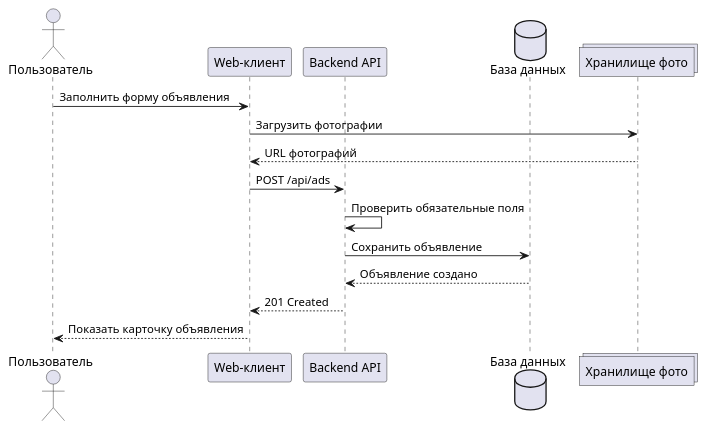
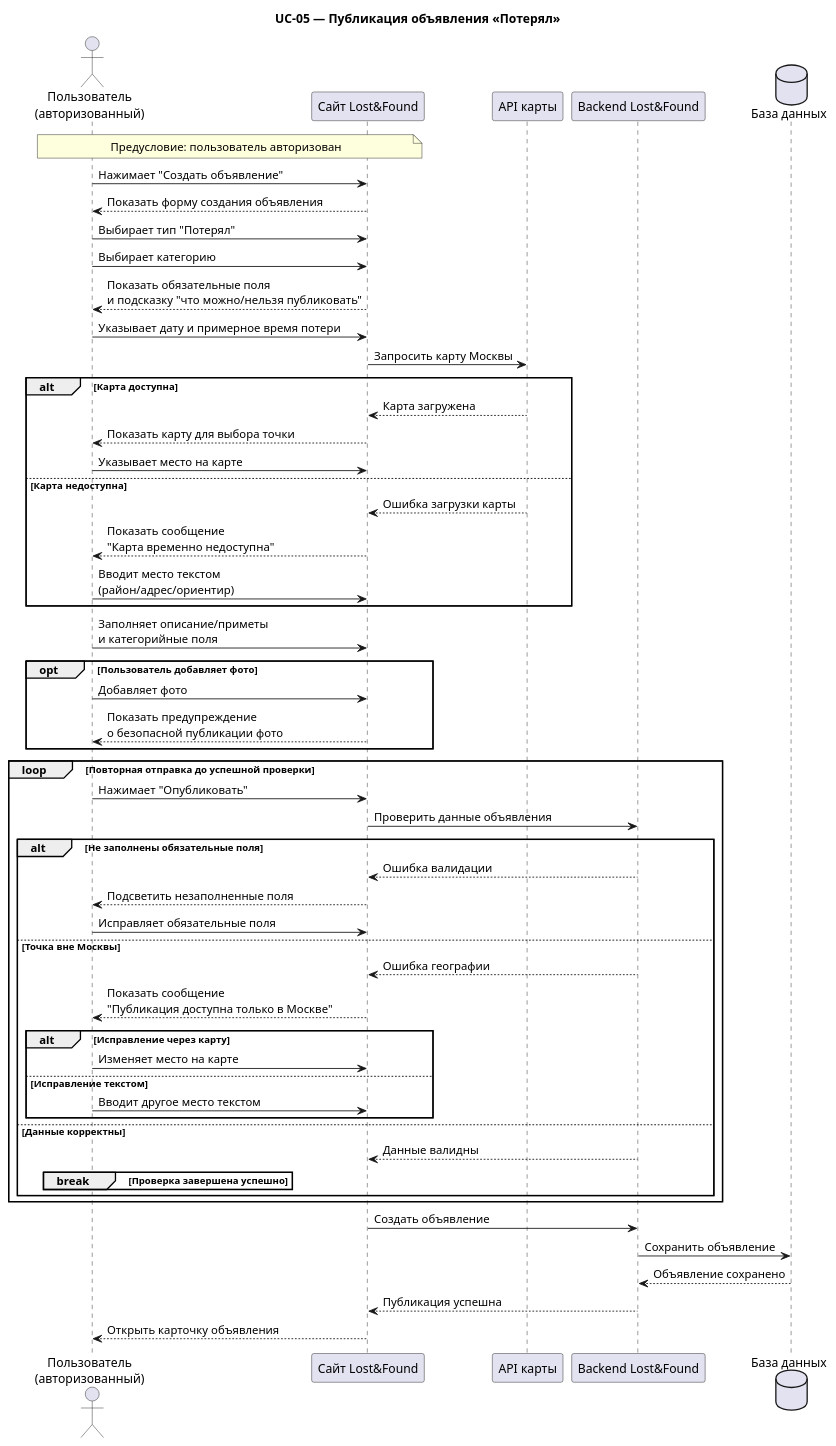
The diagram in my-website/docs/diagrams/sequence.md (LizaErdakova/lostfound-docs), drawn with PlantUML before and after one commit. The commit also changed other lines of this file and 1 other file, not shown here.

Commit message:
UML: отрисовала диаграммы через PlantUML

````diff
--- a/my-website/docs/diagrams/sequence.md
+++ b/my-website/docs/diagrams/sequence.md
@@ -17,19 +13,70 @@
-```plantuml Sequence: создание объявления
+```plantuml UC-05 — публикация объявления «Потерял»
 @startuml
-actor "Пользователь" as User
-participant "Web-клиент" as Web
-participant "Backend API" as Backend
+title UC-05 — Публикация объявления «Потерял»
+
+actor "Пользователь\n(авторизованный)" as User
+participant "Сайт Lost&Found" as Web
+participant "API карты" as MapApi
+participant "Backend Lost&Found" as Backend
 database "База данных" as DB
-collections "Хранилище фото" as Storage
 
-User -> Web: Заполнить форму объявления
-Web -> Storage: Загрузить фотографии
-Storage --> Web: URL фотографий
-Web -> Backend: POST /api/ads
-Backend -> Backend: Проверить обязательные поля
+note over User, Web
+Предусловие: пользователь авторизован
+end note
+
+User -> Web: Нажимает "Создать объявление"
+Web --> User: Показать форму создания объявления
+User -> Web: Выбирает тип "Потерял"
+User -> Web: Выбирает категорию
+Web --> User: Показать обязательные поля\nи подсказку "что можно/нельзя публиковать"
+User -> Web: Указывает дату и примерное время потери
+Web -> MapApi: Запросить карту Москвы
+
+alt Карта доступна
+  MapApi --> Web: Карта загружена
+  Web --> User: Показать карту для выбора точки
+  User -> Web: Указывает место на карте
+else Карта недоступна
+  MapApi --> Web: Ошибка загрузки карты
+  Web --> User: Показать сообщение\n"Карта временно недоступна"
+  User -> Web: Вводит место текстом\n(район/адрес/ориентир)
+end
+
+User -> Web: Заполняет описание/приметы\nи категорийные поля
+
+opt Пользователь добавляет фото
+  User -> Web: Добавляет фото
+  Web --> User: Показать предупреждение\nо безопасной публикации фото
+end
+
+loop Повторная отправка до успешной проверки
+  User -> Web: Нажимает "Опубликовать"
+  Web -> Backend: Проверить данные объявления
+
+  alt Не заполнены обязательные поля
+    Backend --> Web: Ошибка валидации
+    Web --> User: Подсветить незаполненные поля
+    User -> Web: Исправляет обязательные поля
+  else Точка вне Москвы
+    Backend --> Web: Ошибка географии
+    Web --> User: Показать сообщение\n"Публикация доступна только в Москве"
+
+    alt Исправление через карту
+      User -> Web: Изменяет место на карте
+    else Исправление текстом
+      User -> Web: Вводит другое место текстом
+    end
+  else Данные корректны
+    Backend --> Web: Данные валидны
+    break Проверка завершена успешно
+    end
+  end
+end
+
+Web -> Backend: Создать объявление
 Backend -> DB: Сохранить объявление
-DB --> Backend: Объявление создано
-Backend --> Web: 201 Created
-Web --> User: Показать карточку объявления
+DB --> Backend: Объявление сохранено
+Backend --> Web: Публикация успешна
+Web --> User: Открыть карточку объявления
 @enduml
 ```
````
